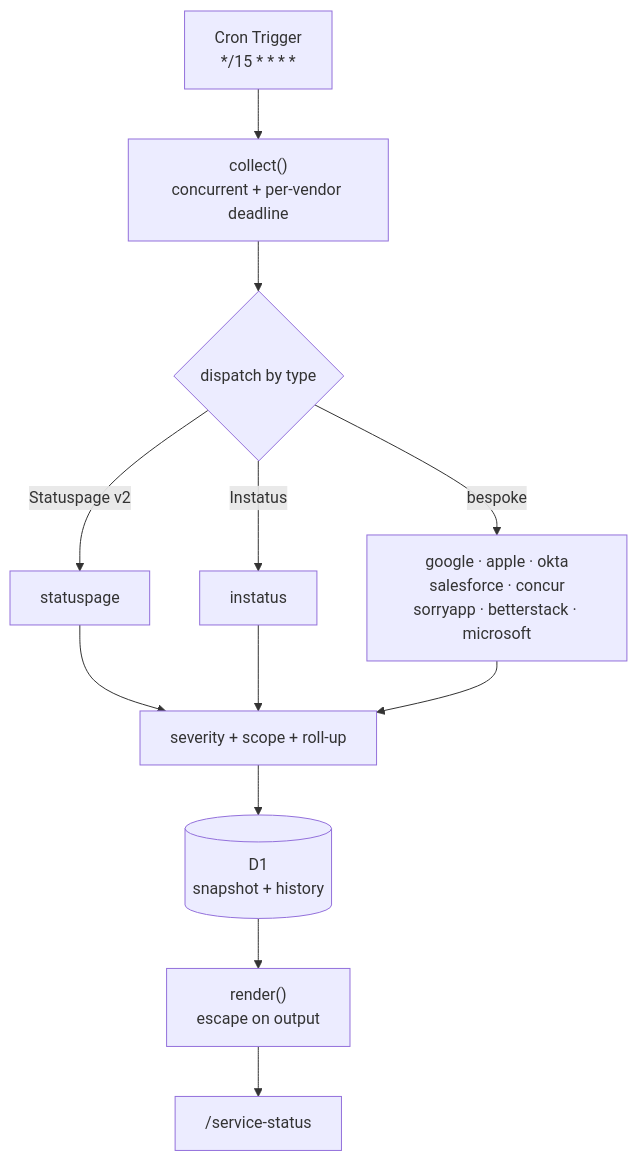
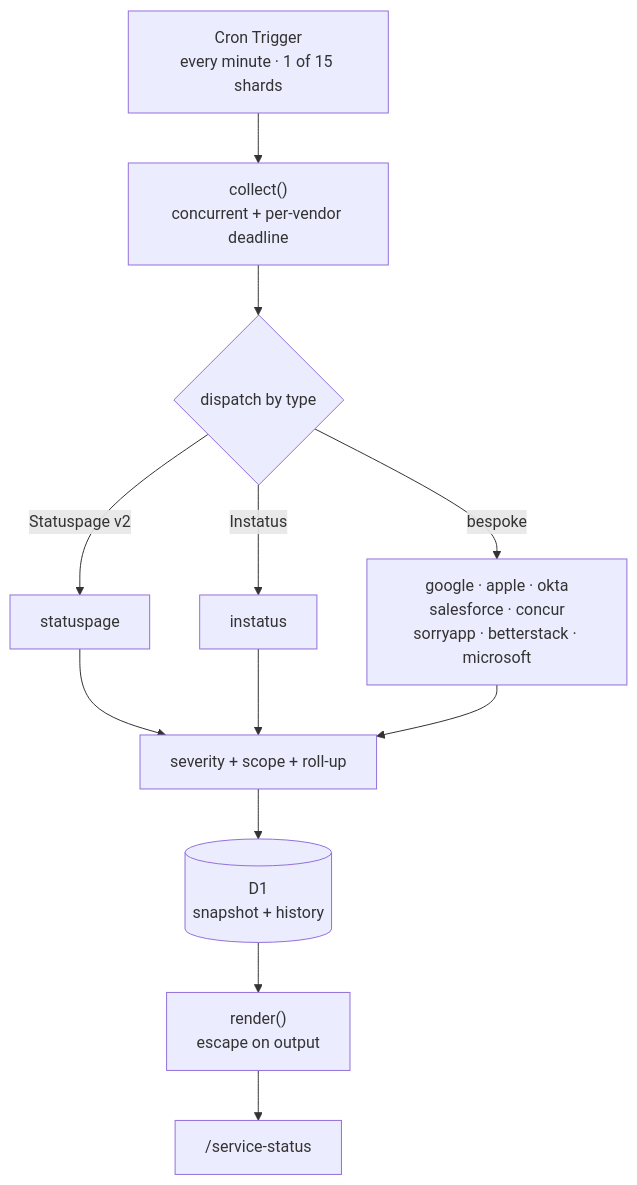
One commit to bjgreenberg/vendor-dashboard changed the diagram in README.md. Above: the diagram before and after it, drawn with Mermaid. The commit also changed other lines of this file and 96 other files, not shown here.

````diff
--- a/README.md
+++ b/README.md
@@ -64,14 +74,14 @@
 ```mermaid
 flowchart TB
-    cron["Cron Trigger<br/>*/15 * * * *"] --> collect["collect()<br/>concurrent + per-vendor deadline"]
+    cron["Cron Trigger<br/>every minute · 1 of 15 shards"] --> collect["collect()<br/>concurrent + per-vendor deadline"]
     collect --> adapters{"dispatch by type"}
     adapters -->|"Statuspage v2"| a1["statuspage"]
     adapters -->|"Instatus"| a2["instatus"]
     adapters -->|"bespoke"| a3["google · apple · okta<br/>salesforce · concur<br/>sorryapp · betterstack · microsoft"]
     a1 --> norm["severity + scope + roll-up"]
     a2 --> norm
     a3 --> norm
     norm --> d1[("D1<br/>snapshot + history")]
     d1 --> render["render()<br/>escape on output"]
     render --> page["/service-status"]
 ```
````
